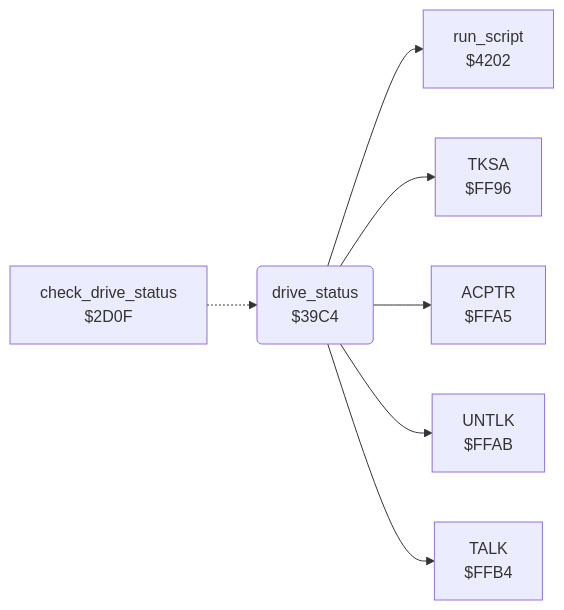
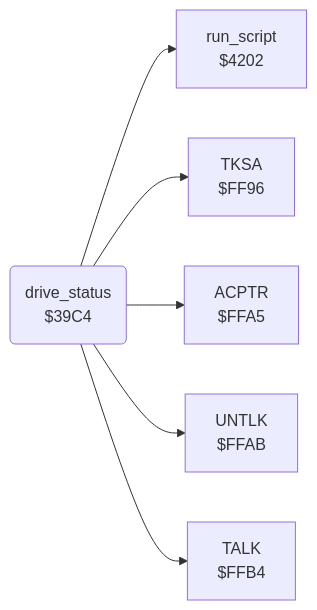
Before and after one commit to henols/c64_games: the diagram in koala_painter/v1/docs/reference/modules/storage/drive_status.md, drawn with Mermaid. The commit also changed other lines of this file and 1100 other files, not shown here.

````diff
--- a/koala_painter/v1/docs/reference/modules/storage/drive_status.md
+++ b/koala_painter/v1/docs/reference/modules/storage/drive_status.md
@@ -10,16 +16,14 @@
 ```mermaid
 flowchart LR
-  n2d0f["check_drive_status<br/>$2D0F"]
   n39c4("drive_status<br/>$39C4")
   n4202["run_script<br/>$4202"]
   nff96["TKSA<br/>$FF96"]
   nffa5["ACPTR<br/>$FFA5"]
   nffab["UNTLK<br/>$FFAB"]
   nffb4["TALK<br/>$FFB4"]
-  n2d0f -.-> n39c4
   n39c4 --> n4202
   n39c4 --> nff96
   n39c4 --> nffa5
   n39c4 --> nffab
   n39c4 --> nffb4
 ```
````
